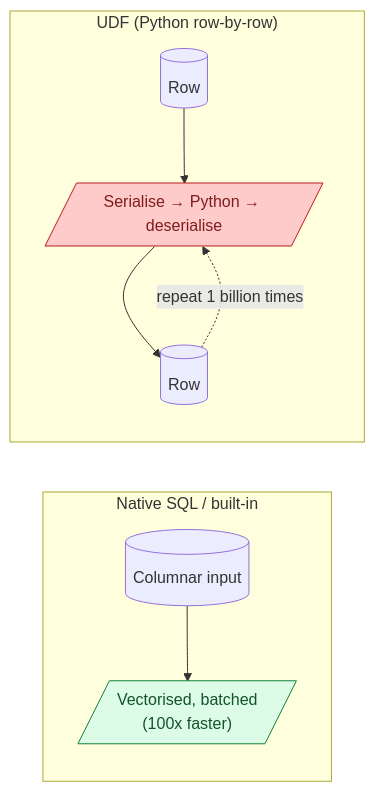
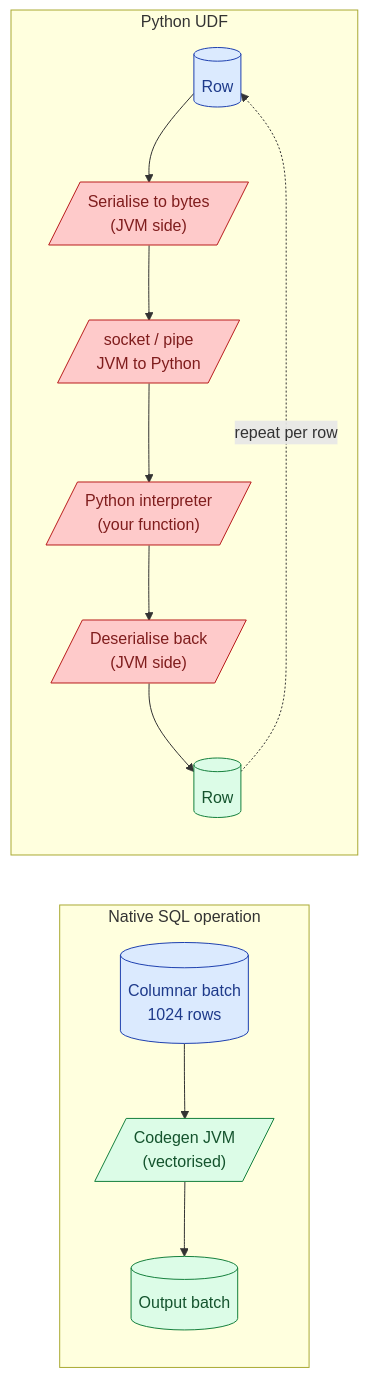
One commit to shiningflash/shiningflash.github.io changed the first of 2 diagrams in _de_concepts/031-udf-costs.md. Above: the diagram before and after it, drawn with Mermaid. The commit also changed other lines of this file and 69 other files, not shown here.

````diff
--- a/_de_concepts/031-udf-costs.md
+++ b/_de_concepts/031-udf-costs.md
@@ -12,14 +25,18 @@
 ```mermaid
 flowchart LR
-    subgraph N["Native SQL / built-in"]
-        N1[("Columnar input")] --> N2[/"Vectorised, batched<br/>(100x faster)"/]:::g
+    subgraph N["Native SQL operation"]
+        N1[("Columnar batch<br/>1024 rows")]:::a --> N2[/"Codegen JVM<br/>(vectorised)"/]:::g --> N3[("Output batch")]:::g
     end
-    subgraph U["UDF (Python row-by-row)"]
-        U1[("Row")] --> U2[/"Serialise → Python → deserialise"/]:::r
-        U2 --> U3[("Row")]
-        U3 -.->|"repeat 1 billion times"| U2
+    subgraph U["Python UDF"]
+        U1[("Row")]:::a --> Ser[/"Serialise to bytes<br/>(JVM side)"/]:::r
+        Ser --> Pipe[/"socket / pipe<br/>JVM to Python"/]:::r
+        Pipe --> Py[/"Python interpreter<br/>(your function)"/]:::r
+        Py --> Deser[/"Deserialise back<br/>(JVM side)"/]:::r
+        Deser --> Out[("Row")]:::g
+        Out -.->|"repeat per row"| U1
     end
 
+    classDef a fill:#dbeafe,stroke:#1e40af,color:#1e3a8a
     classDef g fill:#dcfce7,stroke:#15803d,color:#14532d
     classDef r fill:#fecaca,stroke:#b91c1c,color:#7f1d1d
 ```
````
